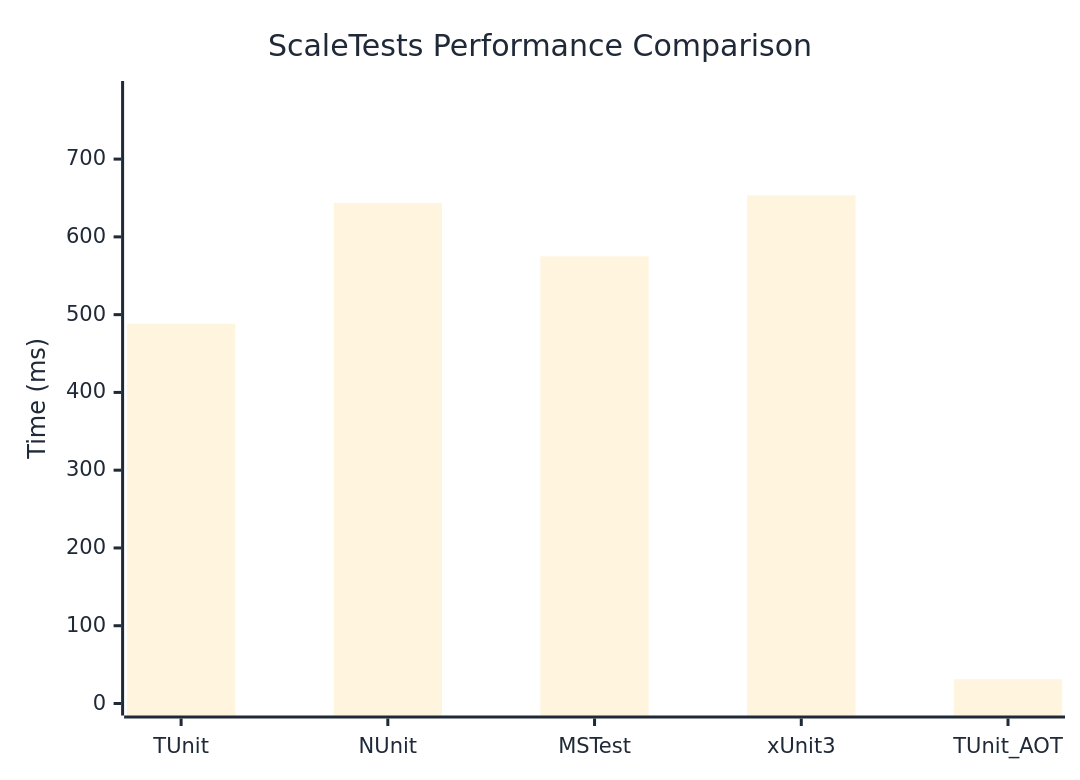
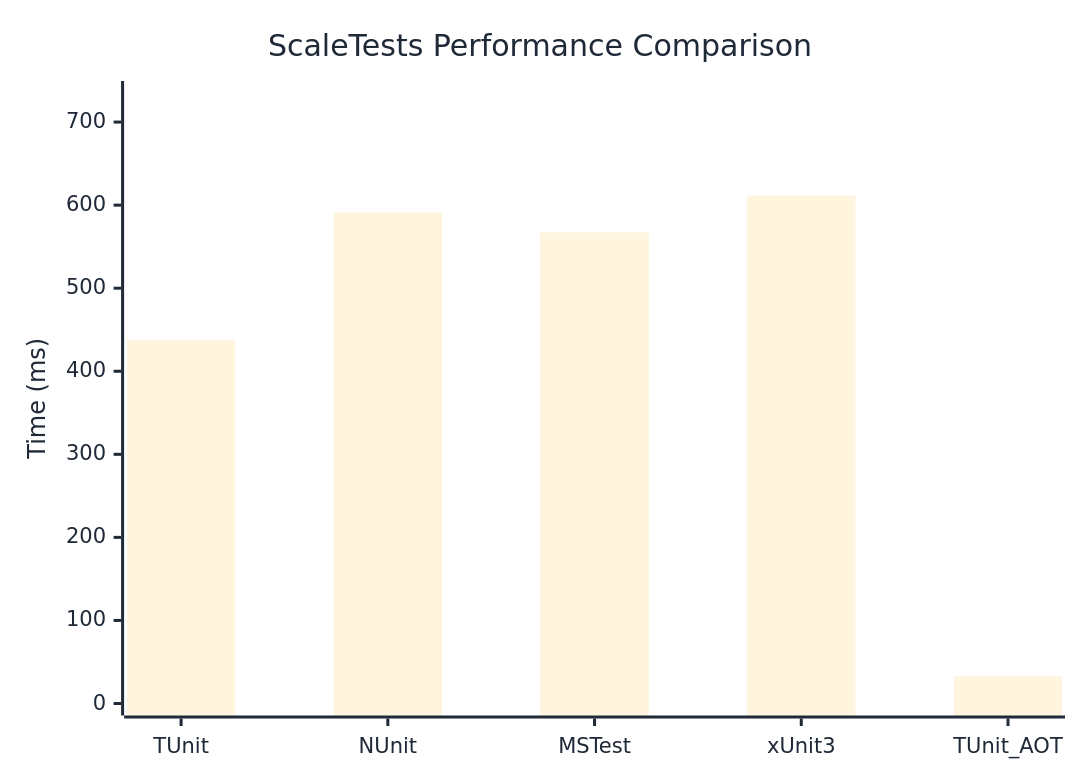
Before and after one commit to weiyilai/TUnit: the diagram in docs/docs/benchmarks/ScaleTests.md, drawn with Mermaid. The commit also changed other lines of this file and 17 other files, not shown here.

````diff
--- a/docs/docs/benchmarks/ScaleTests.md
+++ b/docs/docs/benchmarks/ScaleTests.md
@@ -27,37 +27,37 @@
 ```mermaid
 %%{init: {
   'theme':'base',
   'themeVariables': {
     'primaryColor': '#2563eb',
     'primaryTextColor': '#1f2937',
     'primaryBorderColor': '#1e40af',
     'lineColor': '#6b7280',
     'secondaryColor': '#7c3aed',
     'tertiaryColor': '#dc2626',
     'background': '#ffffff',
     'mainBkg': '#2563eb',
     'secondBkg': '#7c3aed',
     'tertiaryBkg': '#dc2626',
     'clusterBkg': '#f3f4f6',
     'edgeLabelBackground': '#ffffff',
     'tertiaryTextColor': '#1f2937',
     'pie1': '#2563eb',
     'pie2': '#7c3aed',
     'pie3': '#dc2626',
     'pie4': '#f59e0b',
     'pie5': '#10b981',
     'pie6': '#06b6d4',
     'pie7': '#ec4899',
     'pie8': '#6366f1',
     'pie9': '#84cc16',
     'pie10': '#f97316',
     'pie11': '#14b8a6',
     'pie12': '#a855f7'
   }
 }}%%
 xychart-beta
   title "ScaleTests Performance Comparison"
   x-axis ["TUnit", "NUnit", "MSTest", "xUnit3", "TUnit_AOT"]
-  y-axis "Time (ms)" 0 --> 785
-  bar [488.36, 643.68, 574.94, 653.47, 31.22]
+  y-axis "Time (ms)" 0 --> 735
+  bar [437.81, 591.08, 567.35, 611.67, 32.57]
 ```
````
